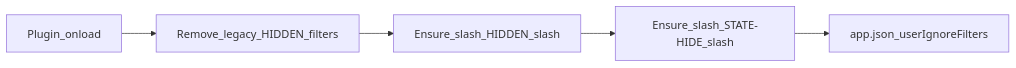
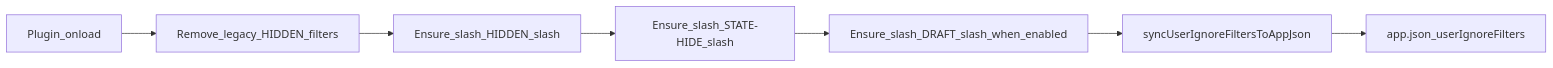
One commit to daledesilva/obsidian_project-browser changed the first of 3 diagrams in docs/hide-from-search-graph.md. Above: the diagram before and after it, drawn with Mermaid. The commit also changed other lines of this file and 26 other files, not shown here.

Commit message:
added: Implemented page versions with designdebt.club draft filenames, grouped page menus, and draft filtering from the Card Browser while keeping versions reachable in the FAB and sidebar. Synced Excluded files to app.json so /\[DRAFT\]/ persisted in Settings alongside search and graph exclusions.

````diff
--- a/docs/hide-from-search-graph.md
+++ b/docs/hide-from-search-graph.md
@@ -61,7 +73,9 @@
 ```mermaid
 flowchart LR
     Load[Plugin_onload] --> Migrate[Remove_legacy_HIDDEN_filters]
     Migrate --> EnsureManual[Ensure_slash_HIDDEN_slash]
     EnsureManual --> EnsureState[Ensure_slash_STATE-HIDE_slash]
-    EnsureState --> Config[app.json_userIgnoreFilters]
+    EnsureState --> EnsureDraft[Ensure_slash_DRAFT_slash_when_enabled]
+    EnsureDraft --> SyncDisk[syncUserIgnoreFiltersToAppJson]
+    SyncDisk --> Config[app.json_userIgnoreFilters]
 ```
````
